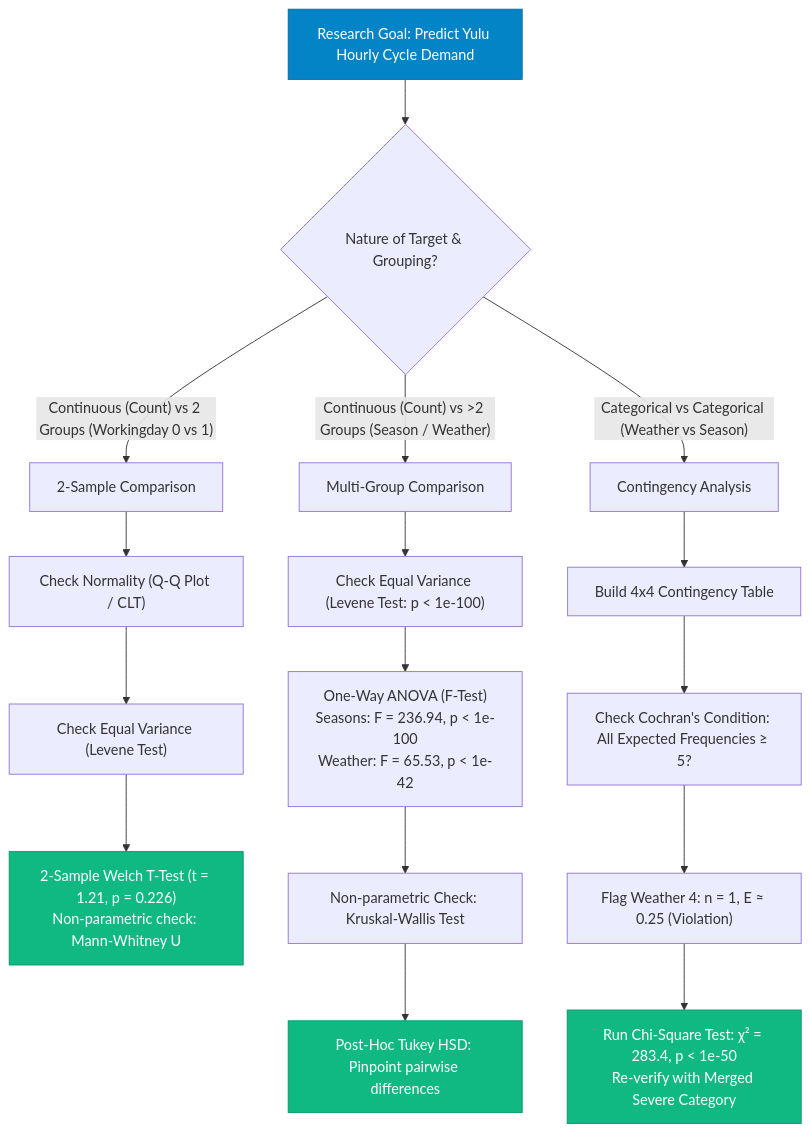
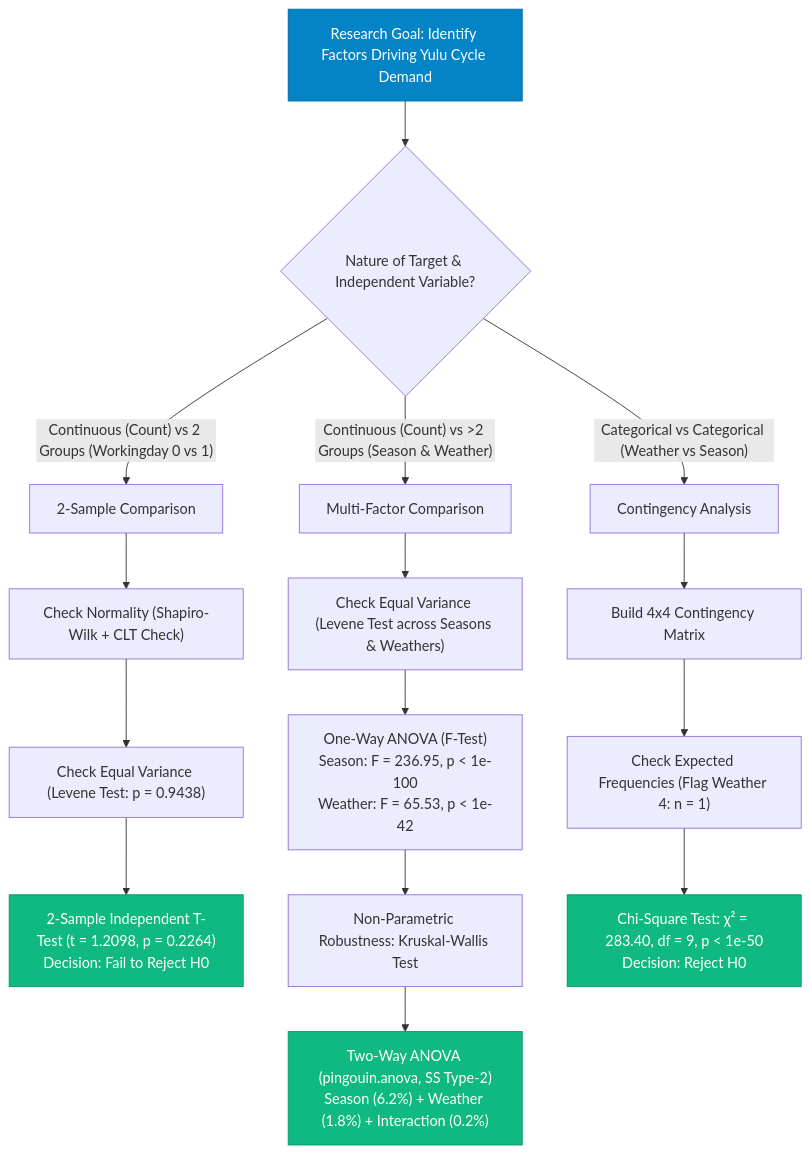
One commit to Hazardous9hub/Yulu-Hypothesis-Testing-Business-Case-Study changed the first of 2 diagrams in README.md. Above: the diagram before and after it, drawn with Mermaid. The commit also changed other lines of this file and 11 other files, not shown here.

Commit message:
fix: replace synthetic assets with authentic charts from notebook and official SVG logos

````diff
--- a/README.md
+++ b/README.md
@@ -119,27 +115,26 @@
 ```mermaid
 flowchart TD
-    Start["Research Goal: Predict Yulu Hourly Cycle Demand"] --> Q1{"Nature of Target & Grouping?"}
+    Start["Research Goal: Identify Factors Driving Yulu Cycle Demand"] --> Q1{"Nature of Target & Independent Variable?"}
     
     Q1 -->|"Continuous (Count) vs 2 Groups (Workingday 0 vs 1)"| TTestPath["2-Sample Comparison"]
-    Q1 -->|"Continuous (Count) vs >2 Groups (Season / Weather)"| AnovaPath["Multi-Group Comparison"]
+    Q1 -->|"Continuous (Count) vs >2 Groups (Season & Weather)"| AnovaPath["Multi-Factor Comparison"]
     Q1 -->|"Categorical vs Categorical (Weather vs Season)"| ChiPath["Contingency Analysis"]
 
-    TTestPath --> T1["Check Normality (Q-Q Plot / CLT)"]
-    T1 --> T2["Check Equal Variance (Levene Test)"]
-    T2 --> T3["2-Sample Welch T-Test (t = 1.21, p = 0.226)<br/>Non-parametric check: Mann-Whitney U"]
+    TTestPath --> T1["Check Normality (Shapiro-Wilk + CLT Check)"]
+    T1 --> T2["Check Equal Variance (Levene Test: p = 0.9438)"]
+    T2 --> T3["2-Sample Independent T-Test (t = 1.2098, p = 0.2264)<br/>Decision: Fail to Reject H0"]
 
-    AnovaPath --> A1["Check Equal Variance (Levene Test: p < 1e-100)"]
-    A1 --> A2["One-Way ANOVA (F-Test)<br/>Seasons: F = 236.94, p < 1e-100<br/>Weather: F = 65.53, p < 1e-42"]
-    A2 --> A3["Non-parametric Check: Kruskal-Wallis Test"]
-    A3 --> A4["Post-Hoc Tukey HSD: Pinpoint pairwise differences"]
+    AnovaPath --> A1["Check Equal Variance (Levene Test across Seasons & Weathers)"]
+    A1 --> A2["One-Way ANOVA (F-Test)<br/>Season: F = 236.95, p < 1e-100<br/>Weather: F = 65.53, p < 1e-42"]
+    A2 --> A3["Non-Parametric Robustness: Kruskal-Wallis Test"]
+    A3 --> A4["Two-Way ANOVA (pingouin.anova, SS Type-2)<br/>Season (6.2%) + Weather (1.8%) + Interaction (0.2%)"]
 
-    ChiPath --> C1["Build 4x4 Contingency Table"]
-    C1 --> C2["Check Cochran's Condition: All Expected Frequencies ≥ 5?"]
-    C2 --> C3["Flag Weather 4: n = 1, E ≈ 0.25 (Violation)"]
-    C3 --> C4["Run Chi-Square Test: χ² = 283.4, p < 1e-50<br/>Re-verify with Merged Severe Category"]
+    ChiPath --> C1["Build 4x4 Contingency Matrix"]
+    C1 --> C2["Check Expected Frequencies (Flag Weather 4: n = 1)"]
+    C2 --> C3["Chi-Square Test: χ² = 283.40, df = 9, p < 1e-50<br/>Decision: Reject H0"]
 
     style Start fill:#0284C7,color:#fff,stroke:#0369A1
     style T3 fill:#10B981,color:#fff,stroke:#059669
     style A4 fill:#10B981,color:#fff,stroke:#059669
-    style C4 fill:#10B981,color:#fff,stroke:#059669
+    style C3 fill:#10B981,color:#fff,stroke:#059669
 ```
````
